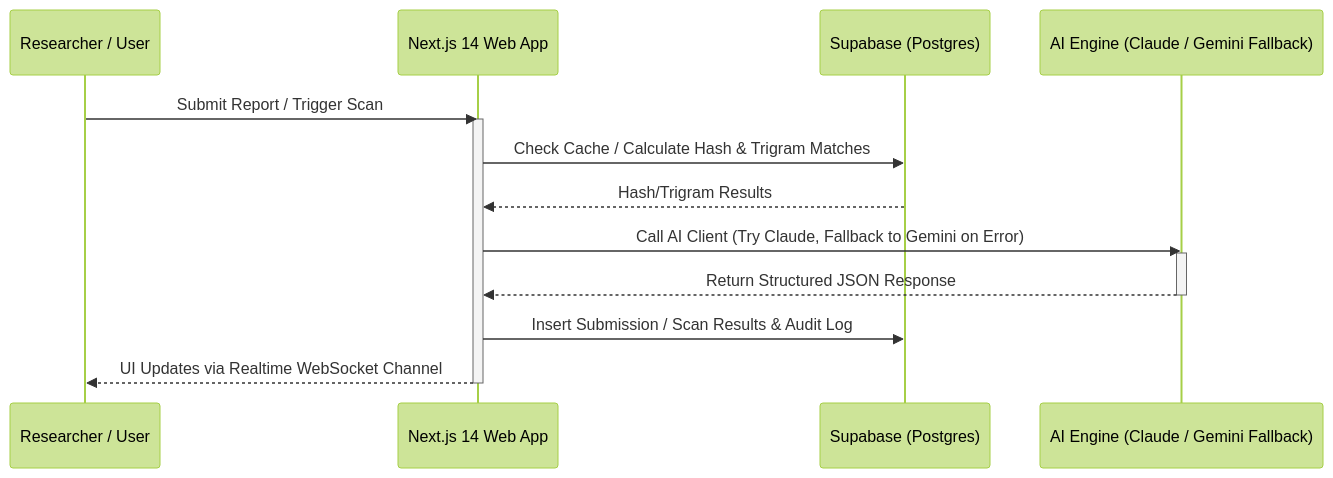
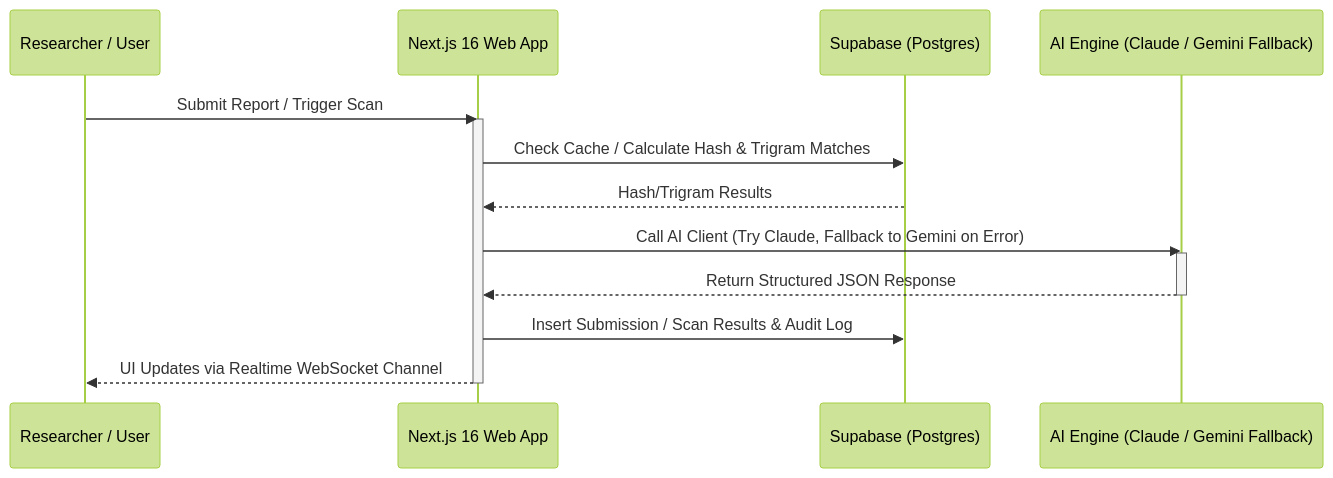
The second of 2 diagrams in README.md (its-tanay003/VAULTX), drawn with Mermaid (forest theme) before and after one commit. The commit also changed other lines of this file, not shown here.

Commit message:
docs: update README to reflect migration to Next.js 16, React 19, and updated migration script indices

````diff
--- a/README.md
+++ b/README.md
@@ -316,19 +316,19 @@
 ```mermaid
 sequenceDiagram
     participant R as Researcher / User
-    participant App as Next.js 14 Web App
+    participant App as Next.js 16 Web App
     participant DB as Supabase (Postgres)
     participant AI as AI Engine (Claude / Gemini Fallback)
 
     R->>App: Submit Report / Trigger Scan
     activate App
     App->>DB: Check Cache / Calculate Hash & Trigram Matches
     DB-->>App: Hash/Trigram Results
     App->>AI: Call AI Client (Try Claude, Fallback to Gemini on Error)
     activate AI
     AI-->>App: Return Structured JSON Response
     deactivate AI
     App->>DB: Insert Submission / Scan Results & Audit Log
     App-->>R: UI Updates via Realtime WebSocket Channel
     deactivate App
 ```
````
